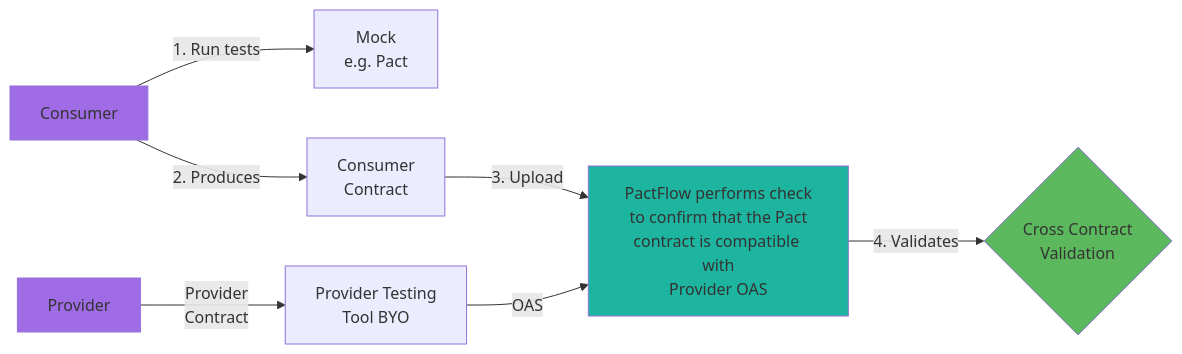
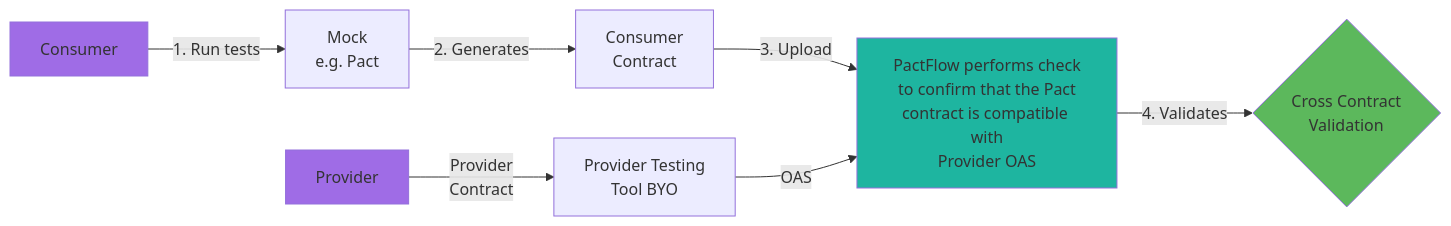
One commit to pactflow/example-bi-directional-consumer-msw changed the first of 2 diagrams in README.md. Above: the diagram before and after it, drawn with Mermaid. The commit also changed other lines of this file and 1 other file, not shown here.

````diff
--- a/README.md
+++ b/README.md
@@ -78,22 +90,22 @@
 ```mermaid
 graph LR
     Consumer[Consumer]
     Mock[Mock<br/>e.g. Pact]
     PactFlow[PactFlow performs check<br/>to confirm that the Pact<br/>contract is compatible with<br/>Provider OAS]
     Contract[Consumer<br/>Contract]
     Provider[Provider]
     ProviderTest[Provider Testing<br/>Tool BYO]
     Validation{Cross Contract<br/>Validation}
 
     Consumer -->|1. Run tests| Mock
-    Consumer -->|2. Produces| Contract
+    Mock -->|2. Generates| Contract
     Contract -->|3. Upload| PactFlow
     Provider -->|Provider<br/>Contract| ProviderTest
     ProviderTest -->|OAS| PactFlow
     PactFlow -->|4. Validates| Validation
 
     style Consumer fill:#9f6ce6
     style Provider fill:#9f6ce6
     style PactFlow fill:#1eb5a0
     style Validation fill:#5cb85c
 ```
````
